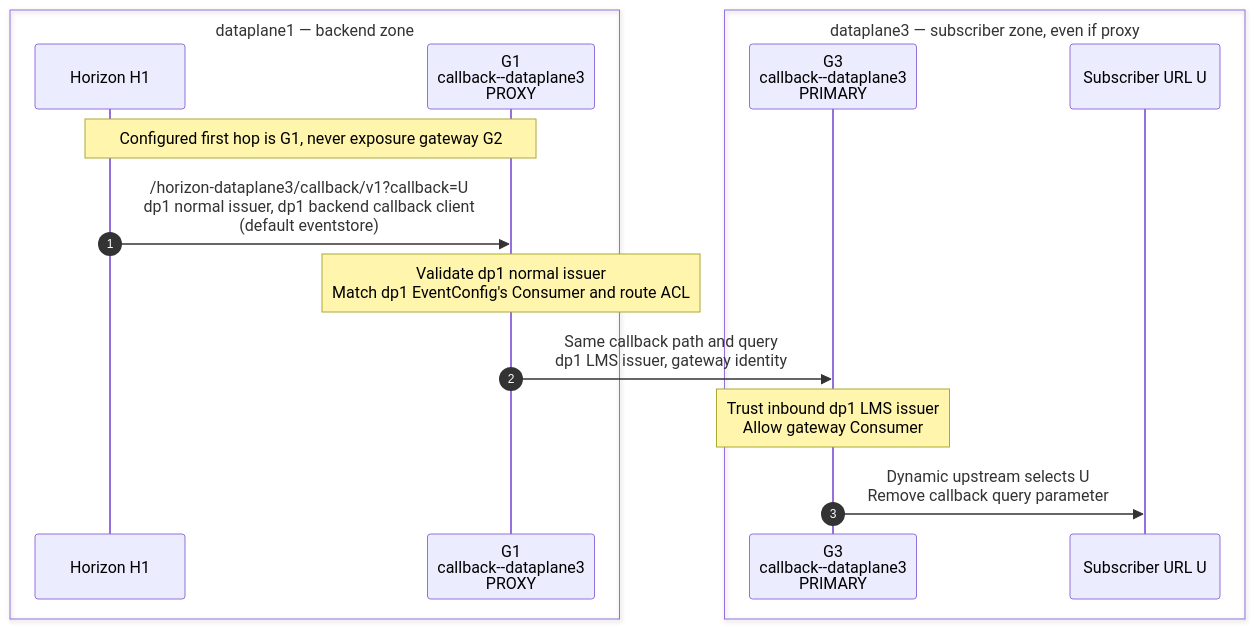
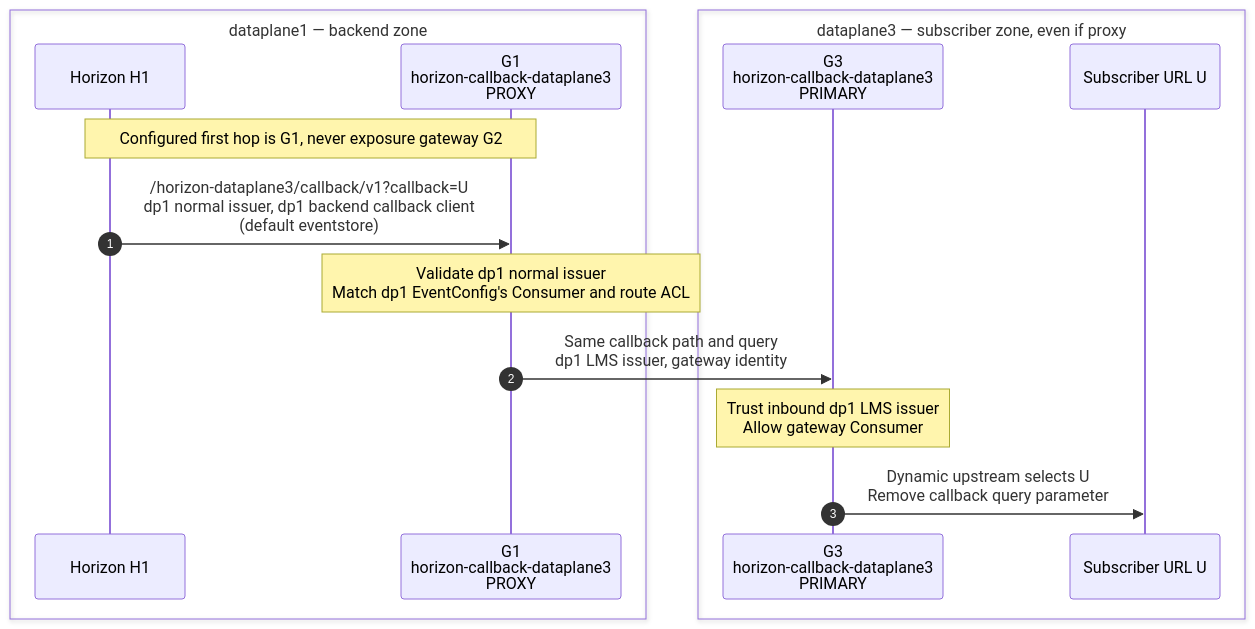
One commit to telekom/controlplane changed the third of 5 diagrams in docs/docs/architecture/event.mdx. Above: the diagram before and after it, drawn with Mermaid. The commit also changed other lines of this file and 34 other files, not shown here.

````diff
--- a/docs/docs/architecture/event.mdx
+++ b/docs/docs/architecture/event.mdx
@@ -124,18 +124,18 @@
 ```mermaid
 sequenceDiagram
     autonumber
     box dataplane1 — backend zone
         participant H1 as Horizon H1
-        participant G1 as G1<br/>callback--dataplane3<br/>PROXY
+        participant G1 as G1<br/>horizon-callback-dataplane3<br/>PROXY
     end
     box dataplane3 — subscriber zone, even if proxy
-        participant G3 as G3<br/>callback--dataplane3<br/>PRIMARY
+        participant G3 as G3<br/>horizon-callback-dataplane3<br/>PRIMARY
         participant S as Subscriber URL U
     end
     Note over H1,G1: Configured first hop is G1, never exposure gateway G2
     H1->>G1: /horizon-dataplane3/callback/v1?callback=U<br/>dp1 normal issuer, dp1 backend callback client<br/>(default eventstore)
     Note over G1: Validate dp1 normal issuer<br/>Match dp1 EventConfig's Consumer and route ACL
     G1->>G3: Same callback path and query<br/>dp1 LMS issuer, gateway identity
     Note over G3: Trust inbound dp1 LMS issuer<br/>Allow gateway Consumer
     G3->>S: Dynamic upstream selects U<br/>Remove callback query parameter
 ```
````
